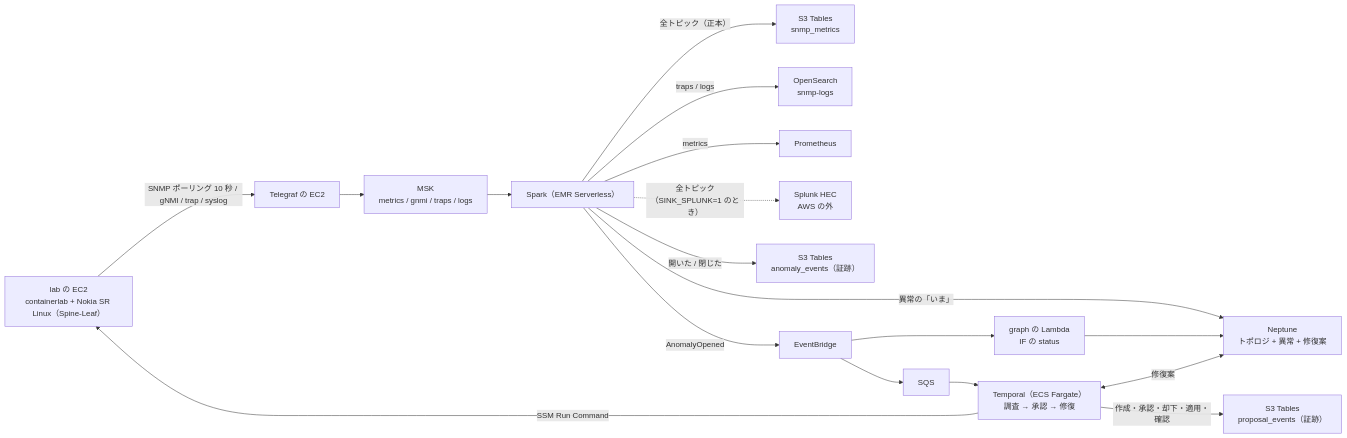
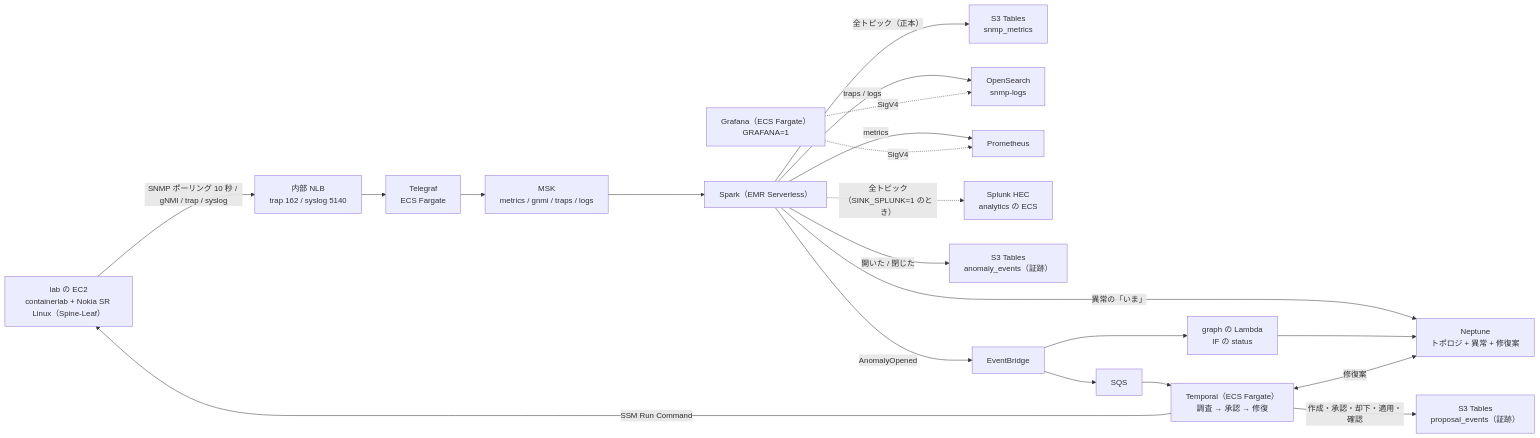
The second of 2 diagrams in docs/architecture.md (eddie-eights/cf-netops-sandbox), drawn with Mermaid before and after one commit. The commit also changed other lines of this file and 73 other files, not shown here.

````diff
--- a/docs/architecture.md
+++ b/docs/architecture.md
@@ -25,17 +25,19 @@
 ```mermaid
 flowchart LR
-  LAB["lab の EC2<br/>containerlab + Nokia SR Linux（Spine-Leaf）"] -->|"SNMP ポーリング 10 秒 / gNMI / trap / syslog"| TG["Telegraf の EC2"] --> MSK["MSK<br/>metrics / gnmi / traps / logs"]
+  LAB["lab の EC2<br/>containerlab + Nokia SR Linux（Spine-Leaf）"] -->|"SNMP ポーリング 10 秒 / gNMI / trap / syslog"| NLB["内部 NLB<br/>trap 162 / syslog 5140"] --> TG["Telegraf<br/>ECS Fargate"] --> MSK["MSK<br/>metrics / gnmi / traps / logs"]
   MSK --> SPARK["Spark（EMR Serverless）"]
   SPARK -->|"全トピック（正本）"| ICE["S3 Tables<br/>snmp_metrics"]
   SPARK -->|"traps / logs"| OS["OpenSearch<br/>snmp-logs"]
   SPARK -->|"metrics"| PROM["Prometheus"]
-  SPARK -.->|"全トピック（SINK_SPLUNK=1 のとき）"| SPL["Splunk HEC<br/>AWS の外"]
+  SPARK -.->|"全トピック（SINK_SPLUNK=1 のとき）"| SPL["Splunk HEC<br/>analytics の ECS"]
+  GRAF["Grafana（ECS Fargate）<br/>GRAFANA=1"] -.->|"SigV4"| OS
+  GRAF -.->|"SigV4"| PROM
   SPARK -->|"開いた / 閉じた"| AEV["S3 Tables<br/>anomaly_events（証跡）"]
   SPARK -->|"異常の「いま」"| NEP["Neptune<br/>トポロジ + 異常 + 修復案"]
   SPARK -->|"AnomalyOpened"| EB["EventBridge"]
   EB --> GL["graph の Lambda<br/>IF の status"] --> NEP
   EB --> SQS["SQS"] --> WF["Temporal（ECS Fargate）<br/>調査 → 承認 → 修復"]
   WF <-->|"修復案"| NEP
   WF -->|"作成・承認・却下・適用・確認"| PEV["S3 Tables<br/>proposal_events（証跡）"]
   WF -->|"SSM Run Command"| LAB
 ```
````
